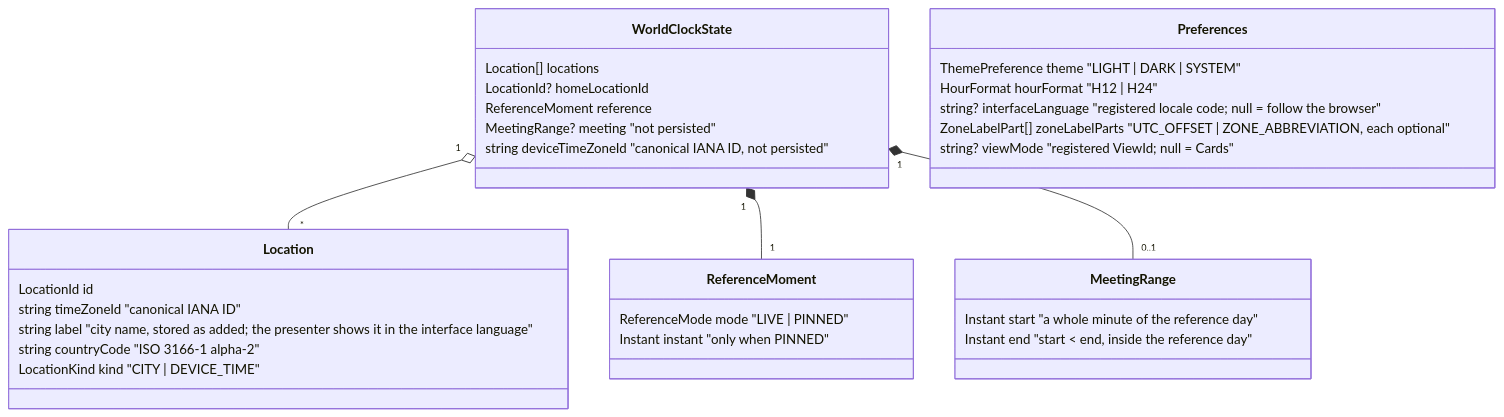
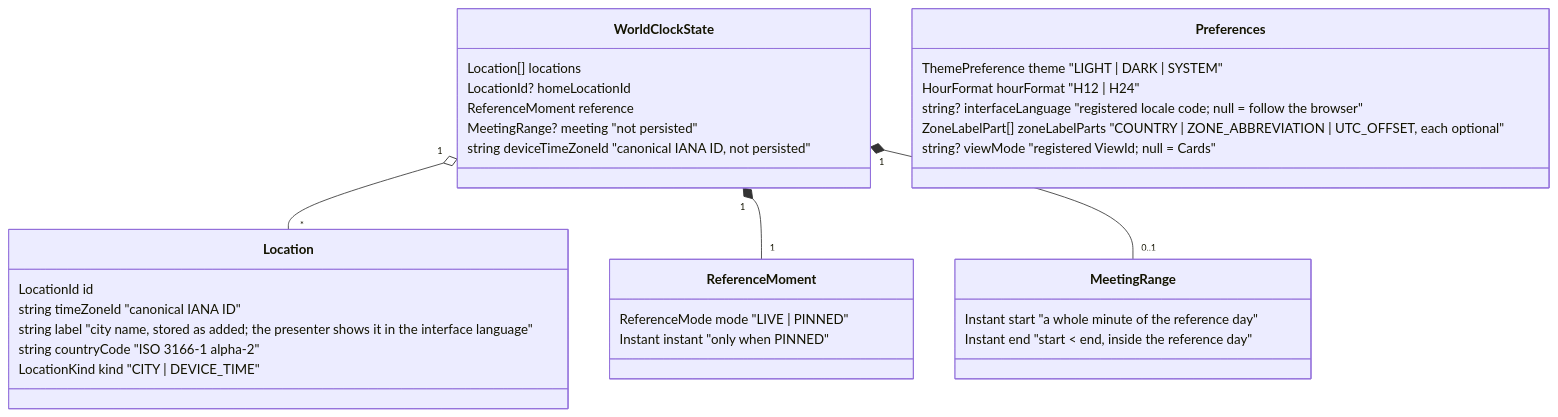
Before and after one commit to oinsio/time-zones: the first of 2 diagrams in docs/architecture/domain-model.md, drawn with Mermaid. The commit also changed 72 other files, not shown here.

First line of the commit message:
Add a Country toggle to the zone label settings (#126)

````diff
--- a/docs/architecture/domain-model.md
+++ b/docs/architecture/domain-model.md
@@ -7,35 +7,35 @@
 ```mermaid
 classDiagram
     class WorldClockState {
         Location[] locations
         LocationId? homeLocationId
         ReferenceMoment reference
         MeetingRange? meeting "not persisted"
         string deviceTimeZoneId "canonical IANA ID, not persisted"
     }
     class Location {
         LocationId id
         string timeZoneId  "canonical IANA ID"
         string label       "city name, stored as added; the presenter shows it in the interface language"
         string countryCode "ISO 3166-1 alpha-2"
         LocationKind kind  "CITY | DEVICE_TIME"
     }
     class ReferenceMoment {
         ReferenceMode mode  "LIVE | PINNED"
         Instant instant     "only when PINNED"
     }
     class MeetingRange {
         Instant start  "a whole minute of the reference day"
         Instant end    "start < end, inside the reference day"
     }
     class Preferences {
         ThemePreference theme  "LIGHT | DARK | SYSTEM"
         HourFormat hourFormat  "H12 | H24"
         string? interfaceLanguage "registered locale code; null = follow the browser"
-        ZoneLabelPart[] zoneLabelParts "UTC_OFFSET | ZONE_ABBREVIATION, each optional"
+        ZoneLabelPart[] zoneLabelParts "COUNTRY | ZONE_ABBREVIATION | UTC_OFFSET, each optional"
         string? viewMode       "registered ViewId; null = Cards"
     }
     WorldClockState "1" o-- "*" Location
     WorldClockState "1" *-- "1" ReferenceMoment
     WorldClockState "1" *-- "0..1" MeetingRange
 ```
````
